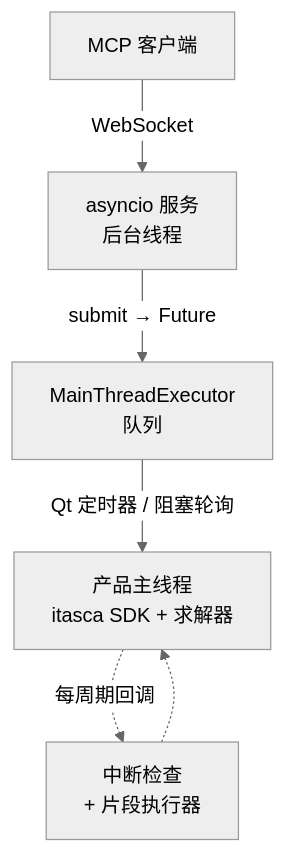
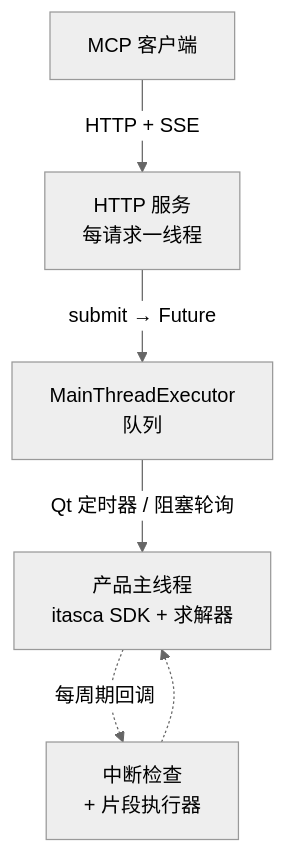
The diagram in README.zh-CN.md (yusong652/itasca-mcp-bridge), drawn with Mermaid (neutral theme) before and after one commit. The commit also changed other lines of this file and 1 other file, not shown here.

First line of the commit message:
docs: update bridge READMEs from WebSocket to HTTP + SSE transport

````diff
--- a/README.zh-CN.md
+++ b/README.zh-CN.md
@@ -29,8 +29,8 @@
 ```mermaid
 flowchart TD
-    C[MCP 客户端] -->|WebSocket| S[asyncio 服务<br/>后台线程]
+    C[MCP 客户端] -->|HTTP + SSE| S[HTTP 服务<br/>每请求一线程]
     S -->|submit → Future| Q[MainThreadExecutor<br/>队列]
     Q -->|Qt 定时器 / 阻塞轮询| M[产品主线程<br/>itasca SDK + 求解器]
     M -.->|每周期回调| CB[中断检查<br/>+ 片段执行器]
     CB -.-> M
 ```
````
